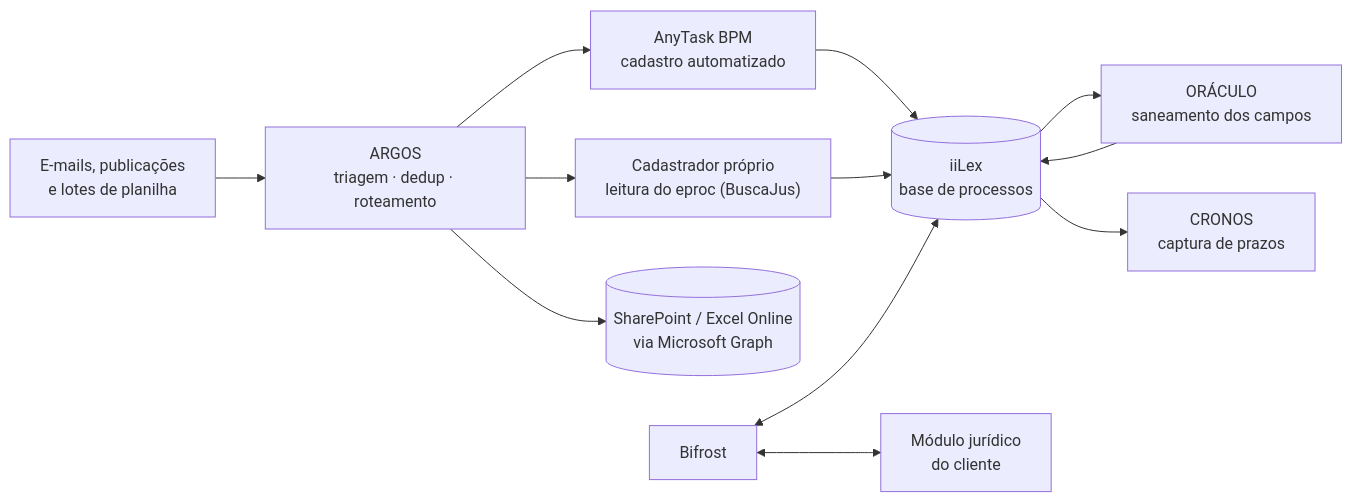
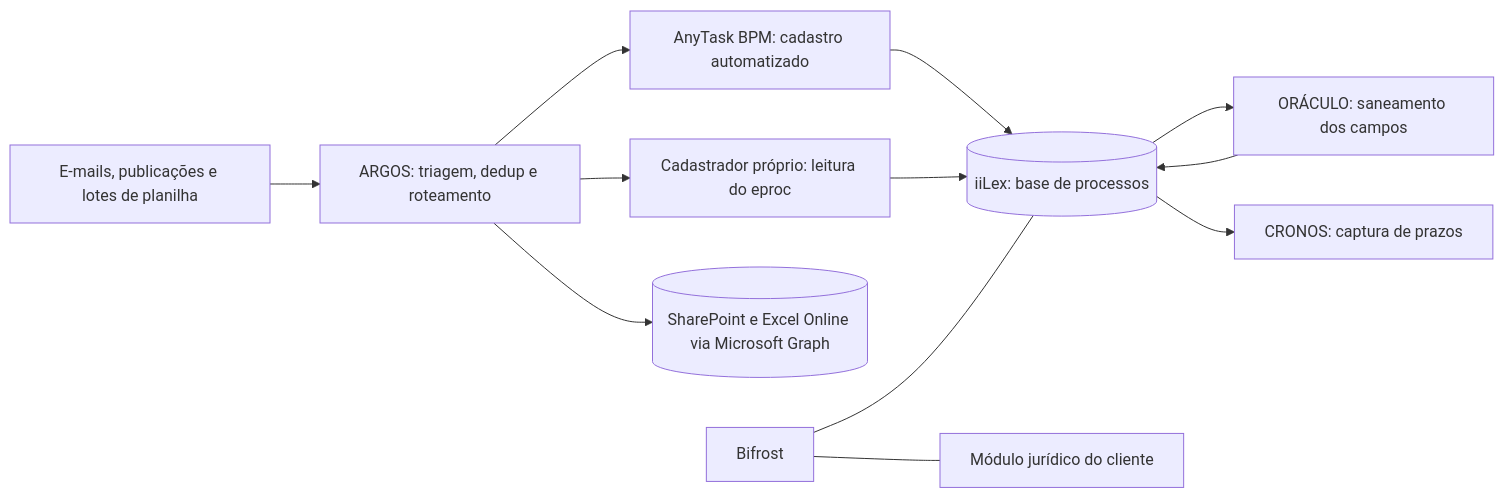
The diagram in README.md (joao-schwarzbach/joao-schwarzbach), drawn with Mermaid before and after one commit.

Commit message:
README: diagrama de arquitetura em sintaxe mermaid mais simples (o GitHub nao renderizava)

````diff
--- a/README.md
+++ b/README.md
@@ -54,14 +54,14 @@
 ```mermaid
 flowchart LR
-    A["E-mails, publicações<br/>e lotes de planilha"] --> B["ARGOS<br/>triagem · dedup · roteamento"]
-    B --> C["AnyTask BPM<br/>cadastro automatizado"]
-    B --> D["Cadastrador próprio<br/>leitura do eproc (BuscaJus)"]
-    B --> E[("SharePoint / Excel Online<br/>via Microsoft Graph")]
-    C --> F[("iiLex<br/>base de processos")]
+    A["E-mails, publicações e lotes de planilha"] --> B["ARGOS: triagem, dedup e roteamento"]
+    B --> C["AnyTask BPM: cadastro automatizado"]
+    B --> D["Cadastrador próprio: leitura do eproc"]
+    B --> E[("SharePoint e Excel Online via Microsoft Graph")]
+    C --> F[("iiLex: base de processos")]
     D --> F
-    F --> G["ORÁCULO<br/>saneamento dos campos"]
+    F --> G["ORÁCULO: saneamento dos campos"]
     G --> F
-    F --> H["CRONOS<br/>captura de prazos"]
-    I["Bifrost"] <--> F
-    I <--> J["Módulo jurídico<br/>do cliente"]
+    F --> H["CRONOS: captura de prazos"]
+    I["Bifrost"] --- F
+    I --- J["Módulo jurídico do cliente"]
 ```
````
